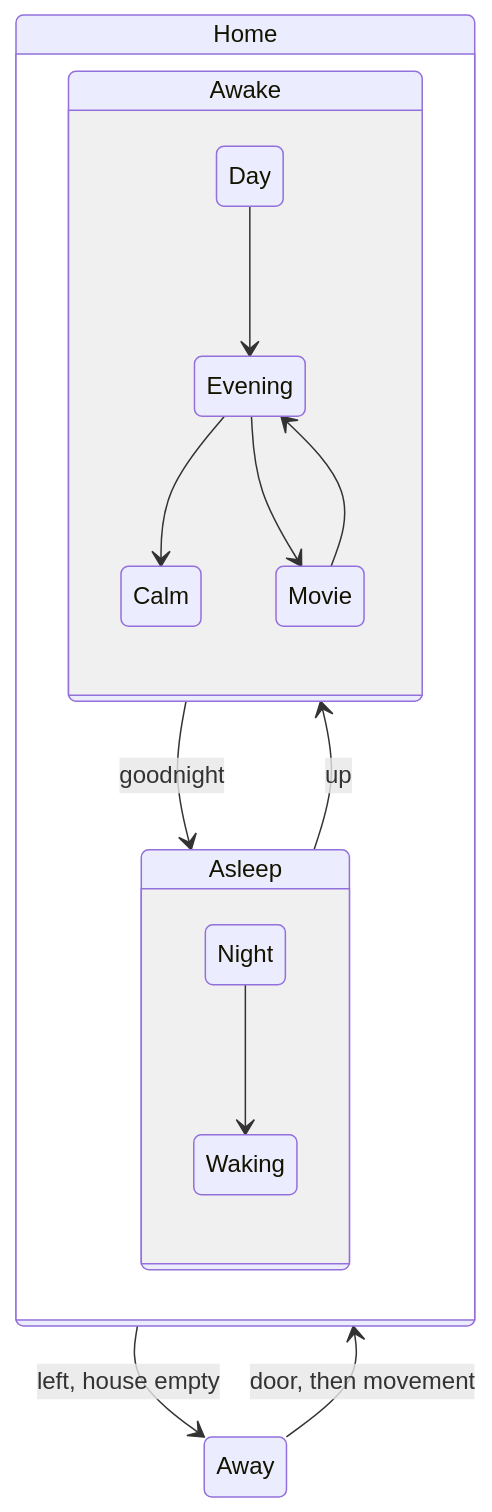
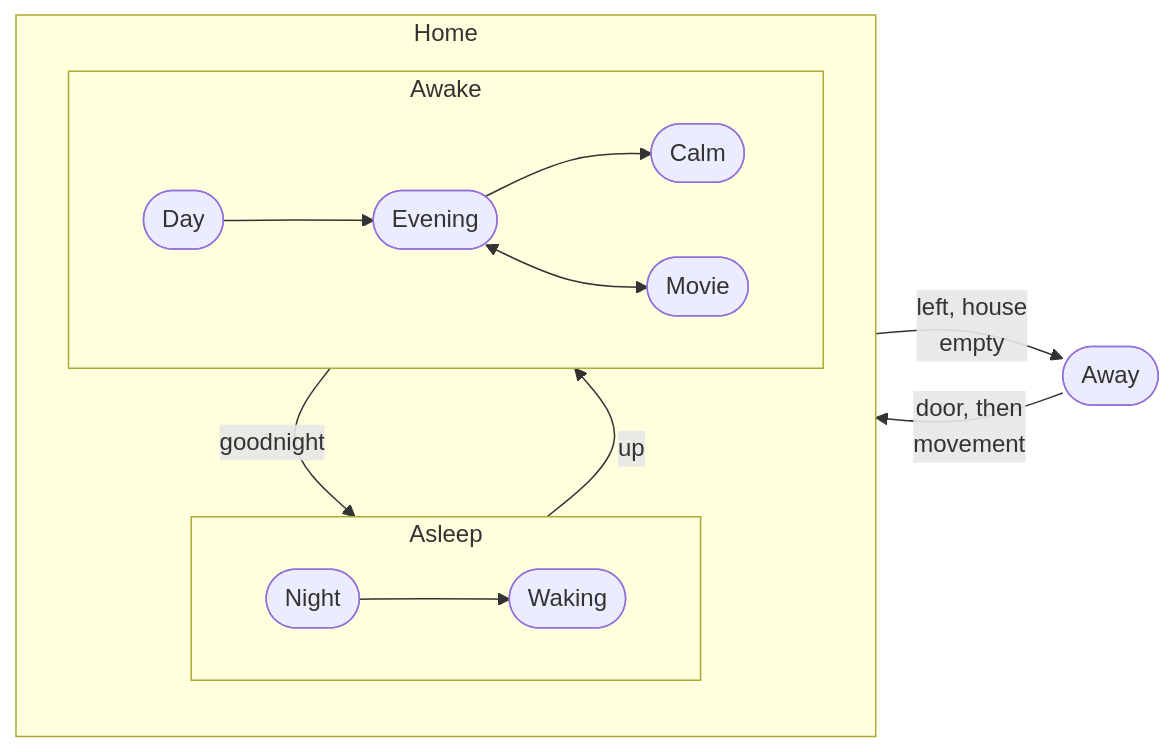
Before and after one commit to SettlingAbyss96/fosters-home-hub: the fourth of 5 diagrams in docs/control.md, drawn with Mermaid. The commit also changed other lines of this file and 4 other files, not shown here.

First line of the commit message:
Flowcharts: no overlapping labels, nothing under GitHub's zoom buttons

````diff
--- a/docs/control.md
+++ b/docs/control.md
@@ -352,18 +362,22 @@
 ```mermaid
-stateDiagram-v2
-    state Home {
-        state Awake {
-            Day --> Evening
-            Evening --> Calm
-            Evening --> Movie
-            Movie --> Evening
-        }
-        state Asleep {
-            Night --> Waking
-        }
-        Awake --> Asleep: goodnight
-        Asleep --> Awake: up
-    }
-    Home --> Away: left, house empty
-    Away --> Home: door, then movement
+---
+config:
+  themeCSS: ".edgeLabel, .edgeLabel p, .labelBkg { background-color: var(--bgColor-default) !important } .edgeLabel rect { opacity: 1 !important; fill: var(--bgColor-default) !important }"
+---
+flowchart LR
+    subgraph Home
+        direction TB
+        subgraph Asleep
+            Night([Night]) --> Waking([Waking])
+        end
+        subgraph Awake
+            Day([Day]) --> Evening([Evening])
+            Evening --> Calm([Calm])
+            Evening <--> Movie([Movie])
+        end
+        Awake -->|goodnight| Asleep
+        Asleep -->|up| Awake
+    end
+    Home -->|left, house<br/>empty| Away([Away])
+    Away -->|door, then<br/>movement| Home
 ```
````
